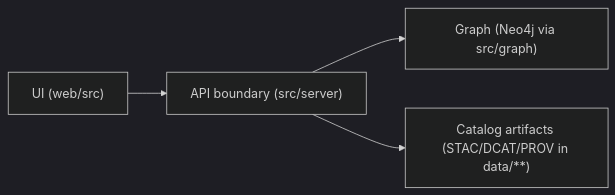
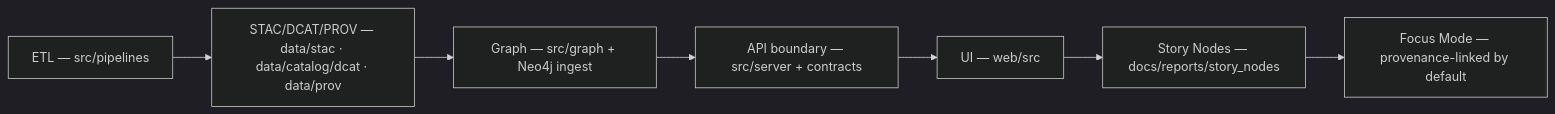
The first of 2 diagrams in web/src/README.md (bartytime4life/Kansas-Frontier-Matrix), drawn with Mermaid (dark theme) before and after one commit. The commit also changed other lines of this file, not shown here.

```diff
--- a/web/src/README.md
+++ b/web/src/README.md
@@ -190,6 +213,9 @@
 ~~~mermaid
 flowchart LR
-  A["UI (web/src)"] --> B["API boundary (src/server)"]
-  B --> C["Graph (Neo4j via src/graph)"]
-  B --> D["Catalog artifacts (STAC/DCAT/PROV in data/**)"]
+  A["ETL — src/pipelines"] --> B["STAC/DCAT/PROV — data/stac · data/catalog/dcat · data/prov"]
+  B --> C["Graph — src/graph + Neo4j ingest"]
+  C --> D["API boundary — src/server + contracts"]
+  D --> E["UI — web/src"]
+  E --> F["Story Nodes — docs/reports/story_nodes"]
+  F --> G["Focus Mode — provenance-linked by default"]
 ~~~
```
